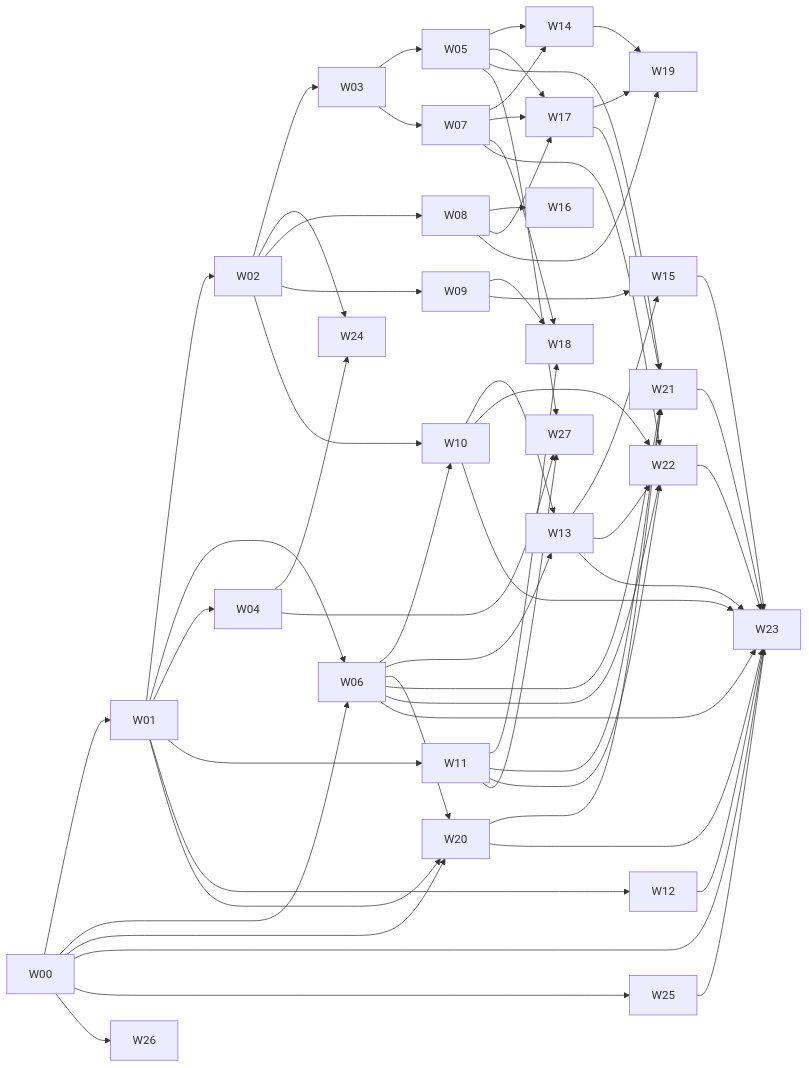
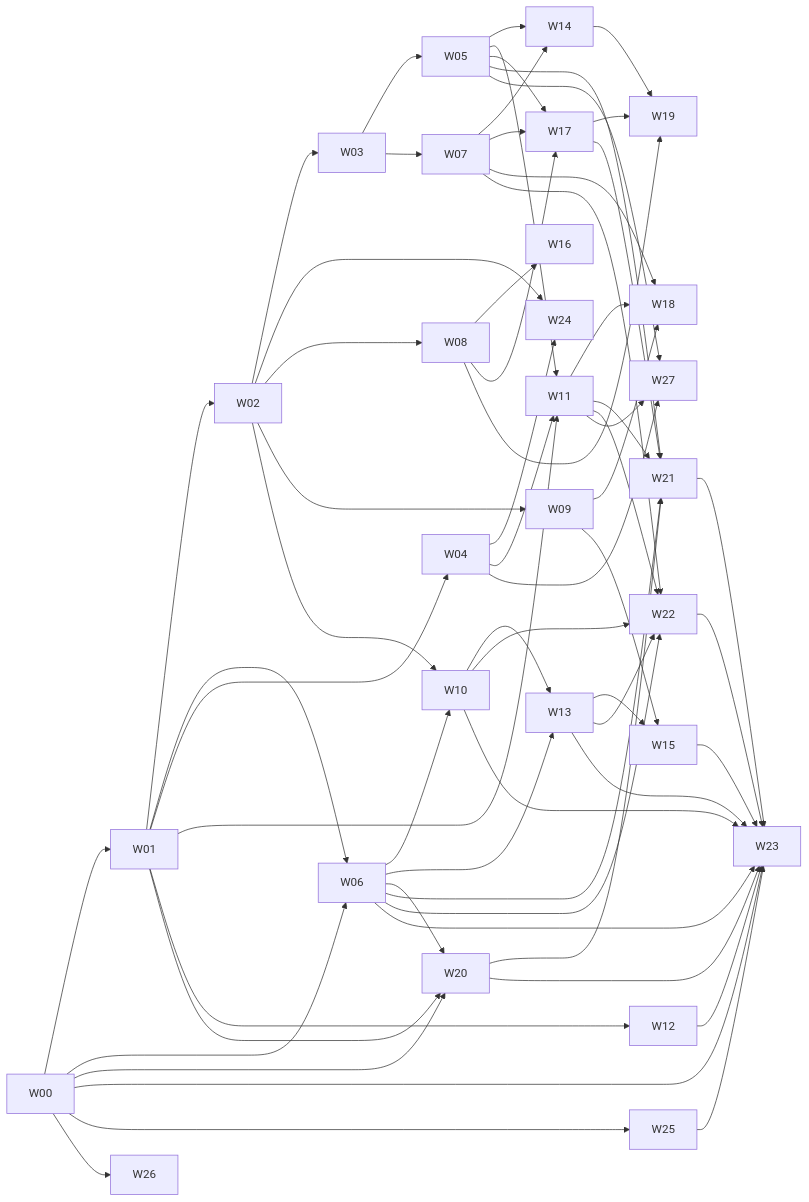
The diagram in docs/plan/PRODUCT_WAVES.md (recferret-bit/terraagent), drawn with Mermaid before and after one commit. The commit also changed other lines of this file and 22 other files, not shown here.

````diff
--- a/docs/plan/PRODUCT_WAVES.md
+++ b/docs/plan/PRODUCT_WAVES.md
@@ -48,27 +48,27 @@
 ```mermaid
 flowchart LR
   W00 --> W01 --> W02
   W00 & W01 --> W06
   W02 --> W03 --> W05
   W03 --> W07
   W05 & W07 --> W14
   W01 --> W04
   W02 & W04 --> W24
   W02 --> W08 --> W16
   W02 --> W09
-  W01 --> W11
+  W01 & W04 & W05 --> W11
   W01 --> W12
   W05 & W07 & W08 --> W17
   W08 & W14 & W17 --> W19
   W07 & W09 & W11 --> W18
   W02 & W06 --> W10
   W06 & W10 --> W13
   W09 & W13 --> W15
   W00 & W01 & W06 --> W20
   W05 & W06 & W11 & W17 & W20 --> W21
   W06 & W07 & W10 & W11 & W13 --> W22
   W00 & W06 & W10 & W12 & W13 & W15 & W20 & W21 & W22 & W25 --> W23
   W00 --> W25
   W00 --> W26
   W04 & W05 & W11 --> W27
 ```
````
